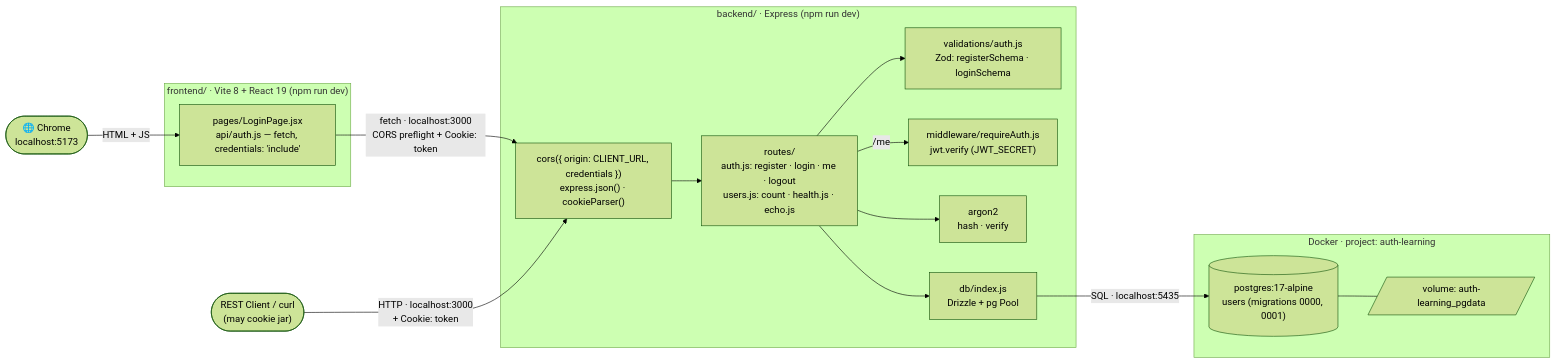
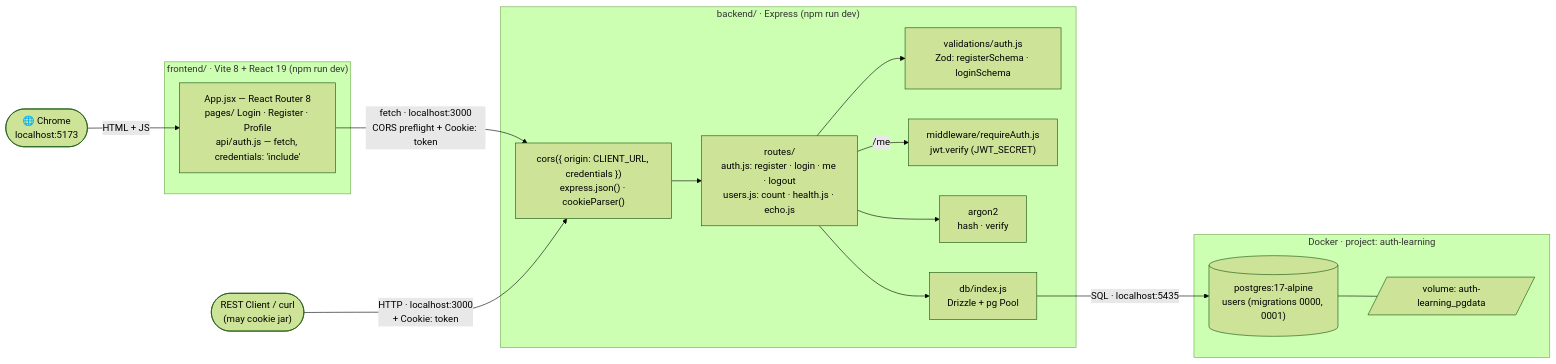
The first of 3 diagrams in docs/diagrams/00-architecture.md (nelson1869-ai/auth-learning), drawn with Mermaid (forest theme) before and after one commit. The commit also changed other lines of this file and 4 other files, not shown here.

First line of the commit message:
docs: routing and protected profile flow, day 24 notes, phase 5 wrap

````diff
--- a/docs/diagrams/00-architecture.md
+++ b/docs/diagrams/00-architecture.md
@@ -12,28 +12,28 @@
 ```mermaid
 flowchart LR
     Browser(["🌐 Chrome<br/>localhost:5173"]) -->|"HTML + JS"| FE
     subgraph FEG["frontend/ · Vite 8 + React 19 (npm run dev)"]
-        FE["pages/LoginPage.jsx<br/>api/auth.js — fetch, credentials: 'include'"]
+        FE["App.jsx — React Router 8<br/>pages/ Login · Register · Profile<br/>api/auth.js — fetch, credentials: 'include'"]
     end
     FE -->|"fetch · localhost:3000<br/>CORS preflight + Cookie: token"| MW
     Client(["REST Client / curl<br/>(may cookie jar)"]) -->|"HTTP · localhost:3000<br/>+ Cookie: token"| MW
     subgraph BE["backend/ · Express (npm run dev)"]
         MW["cors({ origin: CLIENT_URL, credentials })<br/>express.json() · cookieParser()"]
         Routes["routes/<br/>auth.js: register · login · me · logout<br/>users.js: count · health.js · echo.js"]
         Val["validations/auth.js<br/>Zod: registerSchema · loginSchema"]
         Auth["middleware/requireAuth.js<br/>jwt.verify (JWT_SECRET)"]
         Hash["argon2<br/>hash · verify"]
         DB["db/index.js<br/>Drizzle + pg Pool"]
         MW --> Routes
         Routes --> Val
         Routes -->|"/me"| Auth
         Routes --> Hash
         Routes --> DB
     end
     DB -->|"SQL · localhost:5435"| PG
     subgraph Docker["Docker · project: auth-learning"]
         PG[("postgres:17-alpine<br/>users (migrations 0000, 0001)")]
         Vol[/"volume: auth-learning_pgdata"/]
         PG --- Vol
     end
 ```
````
